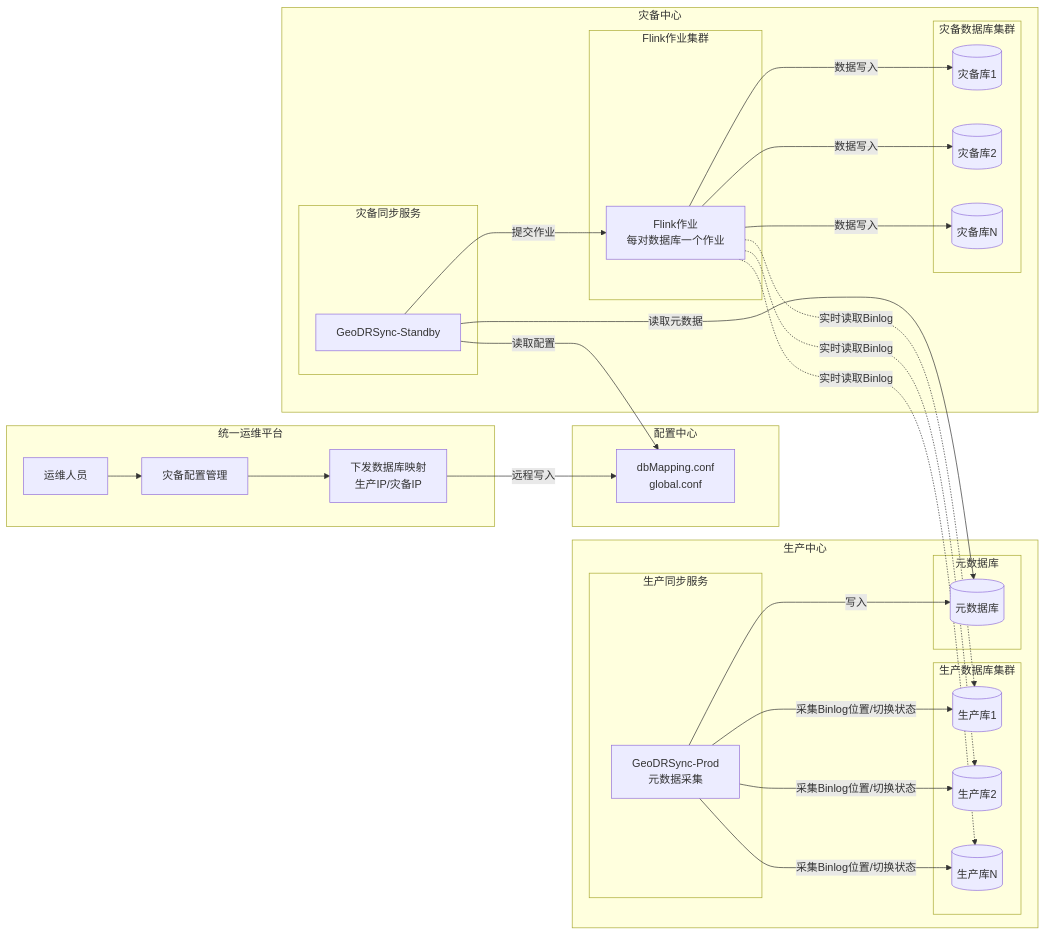
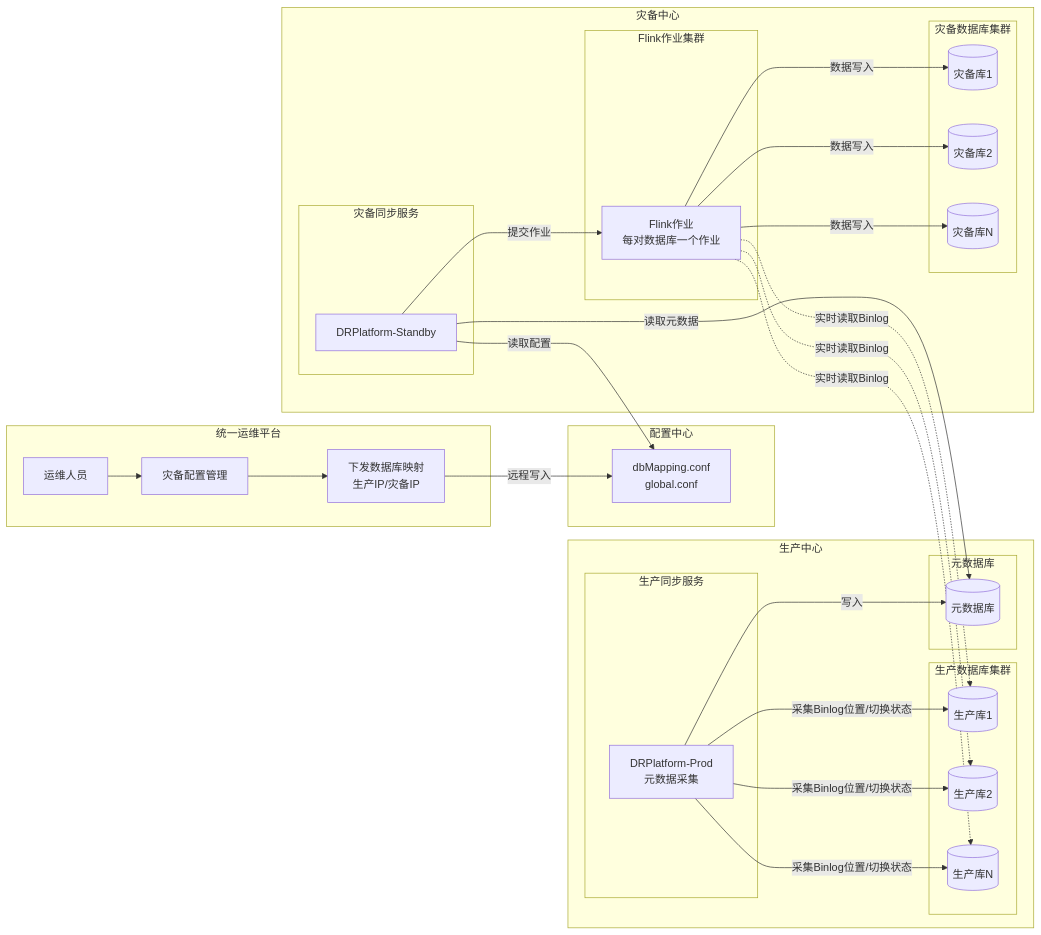
The first of 13 diagrams in Java项目详细设计说明书（最终版）.md (Mr-ethan-first/Product), drawn with Mermaid before and after one commit. The commit also changed other lines of this file and 223 other files, not shown here.

First line of the commit message:
重构: GeoDRSync→DRPlatform, flink-cdc-sync→remote-data-sync

````diff
--- a/Java项目详细设计说明书（最终版）.md
+++ b/Java项目详细设计说明书（最终版）.md
@@ -74,55 +74,55 @@
 ```mermaid
 graph LR
     subgraph 统一运维平台
         A[运维人员] --> B[灾备配置管理]
         B --> C[下发数据库映射<br/>生产IP/灾备IP]
     end
 
     subgraph 配置中心
         D[dbMapping.conf<br/>global.conf]
     end
 
     C -->|远程写入| D
 
     subgraph 生产中心
         subgraph 生产数据库集群
             P1[(生产库1)]
             P2[(生产库2)]
             Pn[(生产库N)]
         end
         subgraph 生产同步服务
-            S1[GeoDRSync-Prod<br/>元数据采集]
+            S1[DRPlatform-Prod<br/>元数据采集]
         end
         subgraph 元数据库
             M[(元数据库)]
         end
         S1 -->|采集Binlog位置/切换状态| P1
         S1 -->|采集Binlog位置/切换状态| P2
         S1 -->|采集Binlog位置/切换状态| Pn
         S1 -->|写入| M
     end
 
     subgraph 灾备中心
         subgraph 灾备同步服务
-            S2[GeoDRSync-Standby]
+            S2[DRPlatform-Standby]
         end
         subgraph Flink作业集群
             F[Flink作业<br/>每对数据库一个作业]
         end
         subgraph 灾备数据库集群
             B1[(灾备库1)]
             B2[(灾备库2)]
             Bn[(灾备库N)]
         end
         S2 -->|读取配置| D
         S2 -->|读取元数据| M
         S2 -->|提交作业| F
         F -->|数据写入| B1
         F -->|数据写入| B2
         F -->|数据写入| Bn
     end
 
     F -.->|实时读取Binlog| P1
     F -.->|实时读取Binlog| P2
     F -.->|实时读取Binlog| Pn
 ```
````
